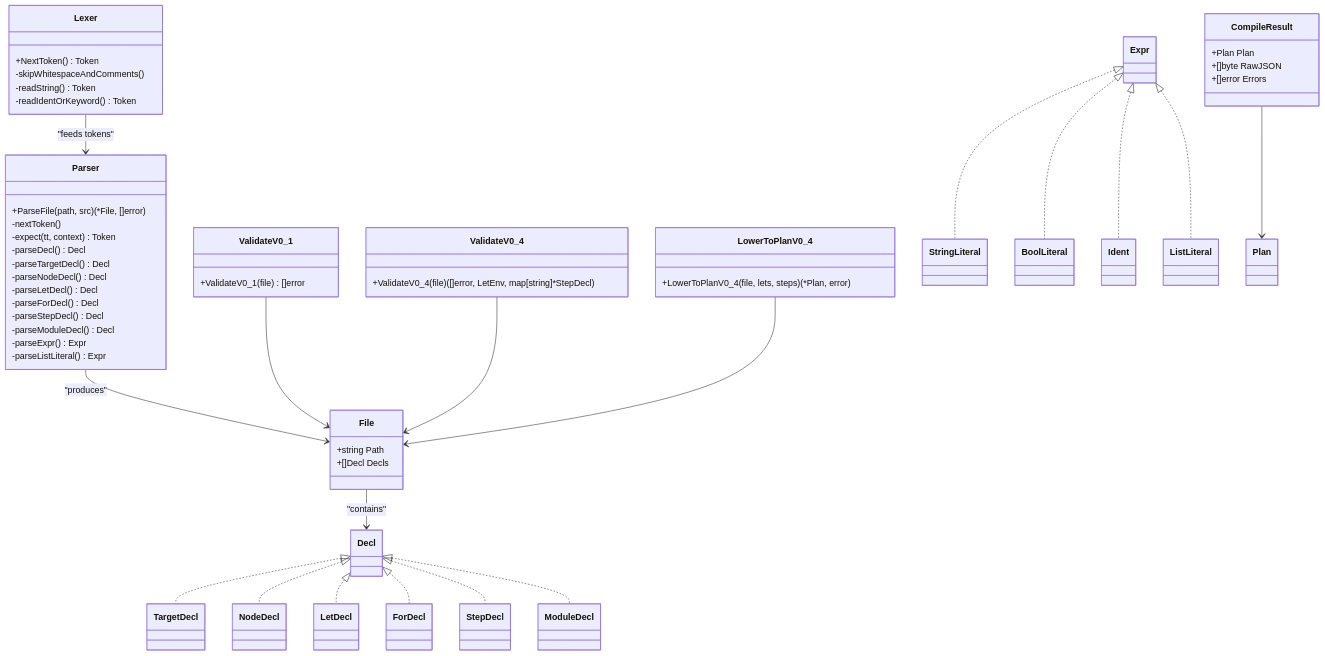
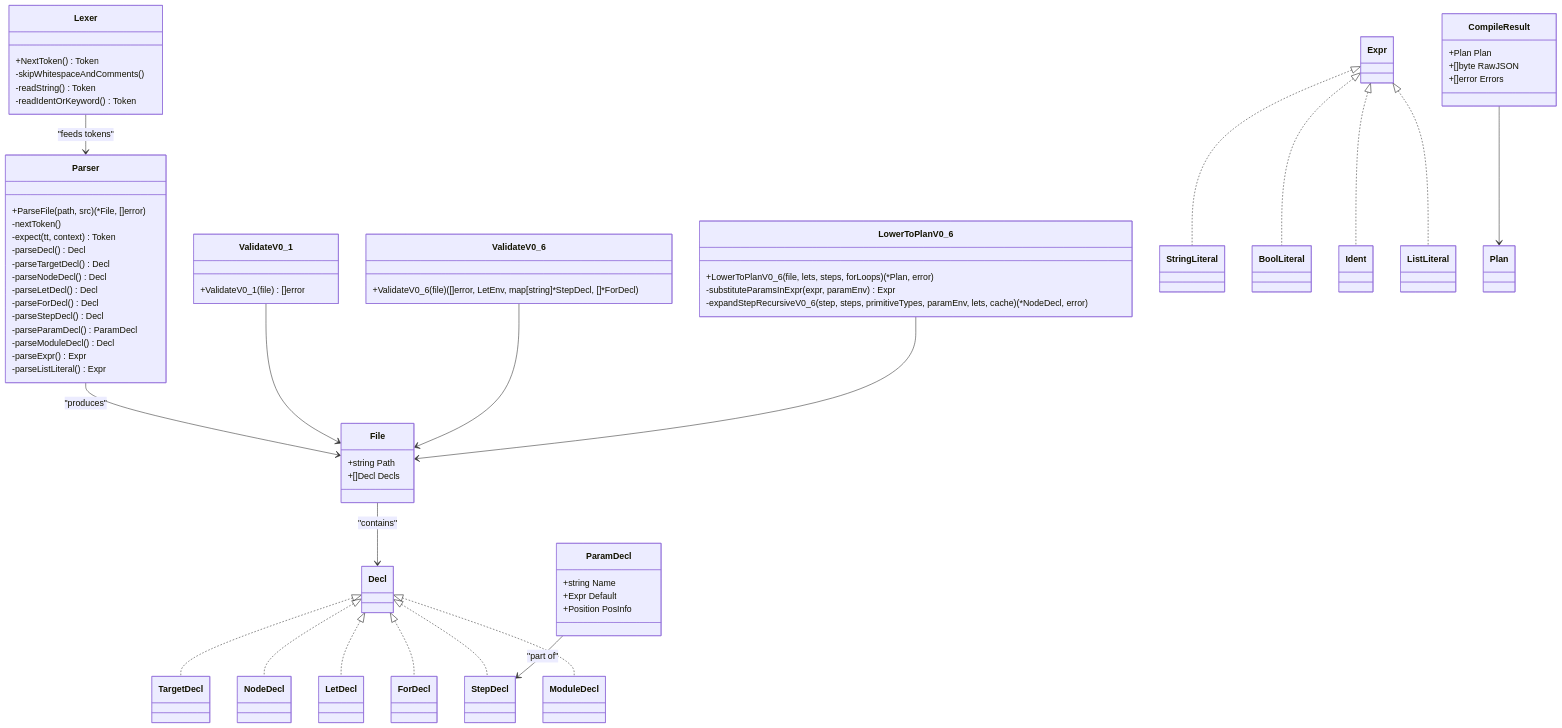
The sixth of 12 diagrams in .qoder/repowiki/en/content/Testing and Validation.md (ahmednour1430464/dotdevops), drawn with Mermaid before and after one commit. The commit also changed other lines of this file and 12 other files, not shown here.

````diff
--- a/.qoder/repowiki/en/content/Testing and Validation.md
+++ b/.qoder/repowiki/en/content/Testing and Validation.md
@@ -317,60 +391,69 @@
 ```mermaid
 classDiagram
 class Lexer {
 +NextToken() Token
 -skipWhitespaceAndComments()
 -readString() Token
 -readIdentOrKeyword() Token
 }
 class Parser {
 +ParseFile(path, src) (*File, []error)
 -nextToken()
 -expect(tt, context) Token
 -parseDecl() Decl
 -parseTargetDecl() Decl
 -parseNodeDecl() Decl
 -parseLetDecl() Decl
 -parseForDecl() Decl
 -parseStepDecl() Decl
+-parseParamDecl() ParamDecl
 -parseModuleDecl() Decl
 -parseExpr() Expr
 -parseListLiteral() Expr
 }
 class File {
 +string Path
 +[]Decl Decls
 }
 class Decl
 class Expr
+class ParamDecl {
++string Name
++Expr Default
++Position PosInfo
+}
 class CompileResult {
 +Plan Plan
 +[]byte RawJSON
 +[]error Errors
 }
 class ValidateV0_1 {
 +ValidateV0_1(file) []error
 }
-class ValidateV0_4 {
-+ValidateV0_4(file) ([]error, LetEnv, map[string]*StepDecl)
+class ValidateV0_6 {
++ValidateV0_6(file) ([]error, LetEnv, map[string]*StepDecl, []*ForDecl)
 }
-class LowerToPlanV0_4 {
-+LowerToPlanV0_4(file, lets, steps) (*Plan, error)
+class LowerToPlanV0_6 {
++LowerToPlanV0_6(file, lets, steps, forLoops) (*Plan, error)
+-substituteParamsInExpr(expr, paramEnv) Expr
+-expandStepRecursiveV0_6(step, steps, primitiveTypes, paramEnv, lets, cache) (*NodeDecl, error)
 }
 Lexer --> Parser : "feeds tokens"
 Parser --> File : "produces"
 File --> Decl : "contains"
 Decl <|.. TargetDecl
 Decl <|.. NodeDecl
 Decl <|.. LetDecl
 Decl <|.. ForDecl
 Decl <|.. StepDecl
 Decl <|.. ModuleDecl
+ParamDecl --> StepDecl : "part of"
 Expr <|.. StringLiteral
 Expr <|.. BoolLiteral
 Expr <|.. Ident
 Expr <|.. ListLiteral
 CompileResult --> Plan
 ValidateV0_1 --> File
-ValidateV0_4 --> File
-LowerToPlanV0_4 --> File
+ValidateV0_6 --> File
+LowerToPlanV0_6 --> File
 ```
````
